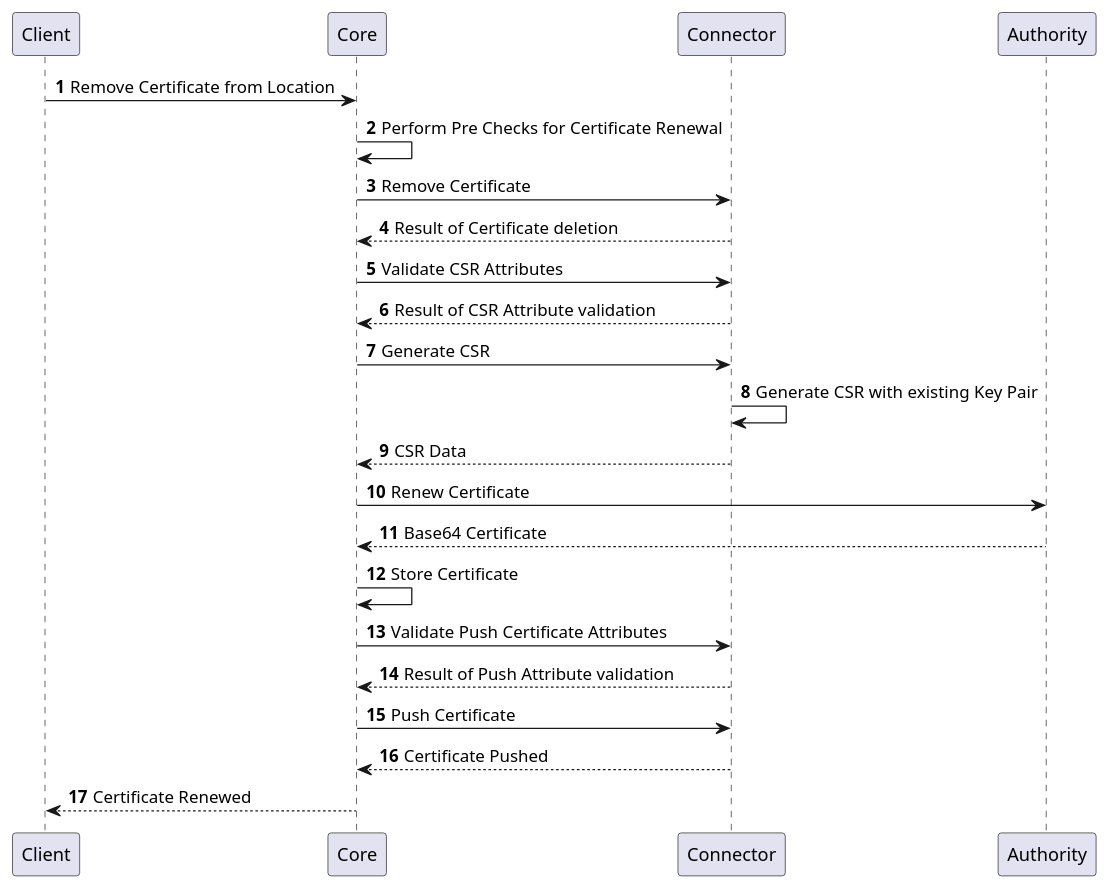
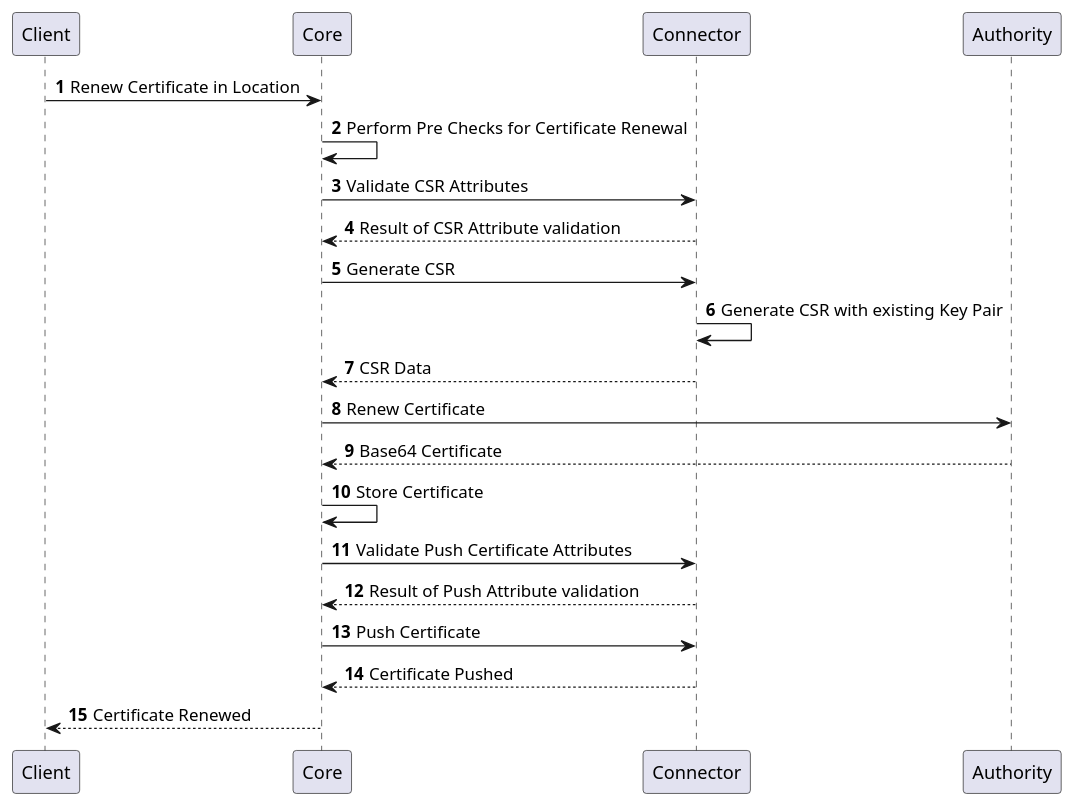
Diagram 12 of 14 in docs/12-connectors/05-description/32-entity-provider.md (CZERTAINLY/CZERTAINLY-Documentation), drawn with PlantUML before and after one commit. The commit also changed other lines of this file and 4 other files, not shown here.

First line of the commit message:
Update API links for client to core operations on connectors

````diff
--- a/docs/12-connectors/05-description/32-entity-provider.md
+++ b/docs/12-connectors/05-description/32-entity-provider.md
@@ -249,23 +249,21 @@
 ```plantuml
     @startuml
     autonumber
     skinparam topurl https://docs.czertainly.com/api/
-        Client -> Core [[core-location/#tag/Location-Management-API/operation/renewCertificateInLocation]]: Remove Certificate from Location
+        Client -> Core [[core-location/#tag/Location-Management-API/operation/renewCertificateInLocation]]: Renew Certificate in Location
         Core -> Core: Perform Pre Checks for Certificate Renewal
-        Core -> Connector [[connector-entity-provider/#tag/Location-Operations-API/operation/removeCertificateFromLocation]]: Remove Certificate
-        Connector --> Core: Result of Certificate deletion
         Core -> Connector [[connector-entity-provider/#tag/Location-Operations-API/operation/validateGenerateCsrAttributes]]: Validate CSR Attributes
         Connector --> Core: Result of CSR Attribute validation
         Core -> Connector [[connector-entity-provider/#tag/Location-Operations-API/operation/generateCsrLocation]]: Generate CSR
         Connector -> Connector: Generate CSR with existing Key Pair
         Connector --> Core: CSR Data
         Core -> Authority [[connector-authority-provider-v2/#tag/Certificate-Management-API/operation/renewCertificate]]: Renew Certificate
         Authority --> Core: Base64 Certificate
         Core -> Core: Store Certificate
         Core -> Connector [[connector-entity-provider/#tag/Location-Operations-API/operation/validatePushCertificateAttributes]]: Validate Push Certificate Attributes
         Connector --> Core: Result of Push Attribute validation
         Core -> Connector [[connector-entity-provider/#tag/Location-Operations-API/operation/pushCertificateToLocation]]: Push Certificate
         Connector --> Core: Certificate Pushed
         Core --> Client: Certificate Renewed
     @enduml
 ```
````
